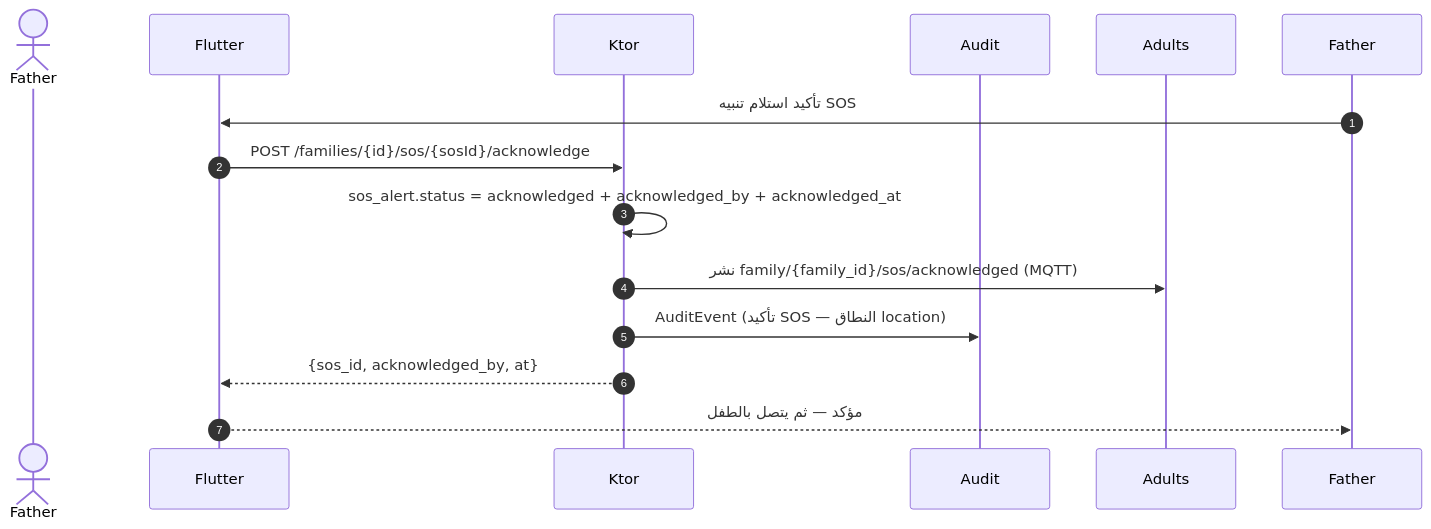
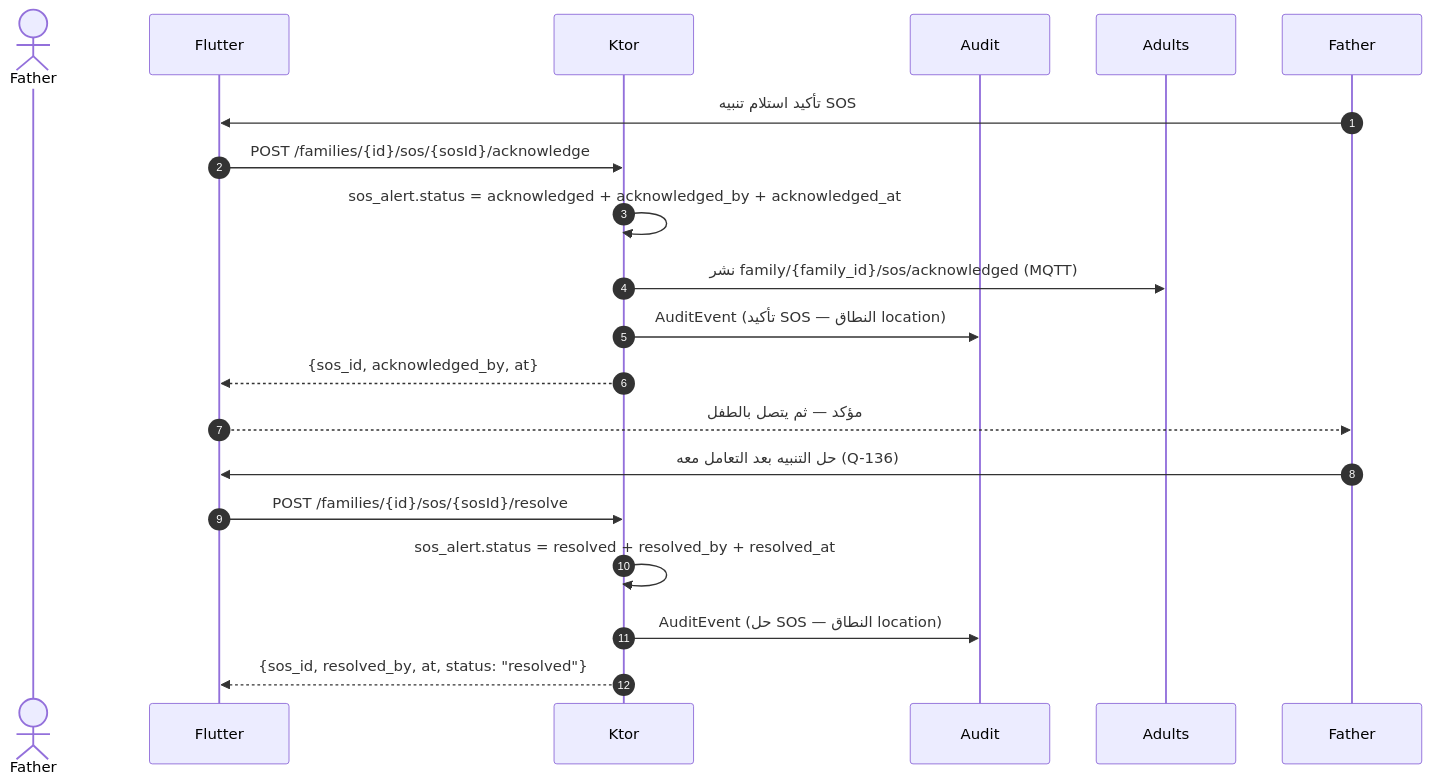
The seventh of 12 diagrams in docs/family-os/governance/phases/phase-1/S1-07-location-basic/DIAGRAMS.md (Bassam-mohammed-alqaeadi/family-os-v2), drawn with Mermaid before and after one commit. The commit also changed other lines of this file and 16 other files, not shown here.

Commit message:
إصلاح كل أخطاء Mermaid (144/144) + مواءمة مخططات Q-136…Q-139 + ملاحظة Q-146 في بطاقة S1-10

````diff
--- a/docs/family-os/governance/phases/phase-1/S1-07-location-basic/DIAGRAMS.md
+++ b/docs/family-os/governance/phases/phase-1/S1-07-location-basic/DIAGRAMS.md
@@ -249,16 +251,21 @@
 ```mermaid
 sequenceDiagram
     autonumber
     actor الأب as Father
     participant التطبيق as Flutter
     participant الخادم as Ktor
     participant التدقيق as Audit
     participant البالغون as Adults
     Father->>التطبيق: تأكيد استلام تنبيه SOS
     التطبيق->>الخادم: POST /families/{id}/sos/{sosId}/acknowledge
     الخادم->>الخادم: sos_alert.status = acknowledged + acknowledged_by + acknowledged_at
     الخادم->>البالغون: نشر family/{family_id}/sos/acknowledged (MQTT)
     الخادم->>التدقيق: AuditEvent (تأكيد SOS — النطاق location)
     الخادم-->>التطبيق: {sos_id, acknowledged_by, at}
     التطبيق-->>Father: مؤكد — ثم يتصل بالطفل
+    Father->>التطبيق: حل التنبيه بعد التعامل معه (Q-136)
+    التطبيق->>الخادم: POST /families/{id}/sos/{sosId}/resolve
+    الخادم->>الخادم: sos_alert.status = resolved + resolved_by + resolved_at
+    الخادم->>التدقيق: AuditEvent (حل SOS — النطاق location)
+    الخادم-->>التطبيق: {sos_id, resolved_by, at, status: "resolved"}
 ```
````
